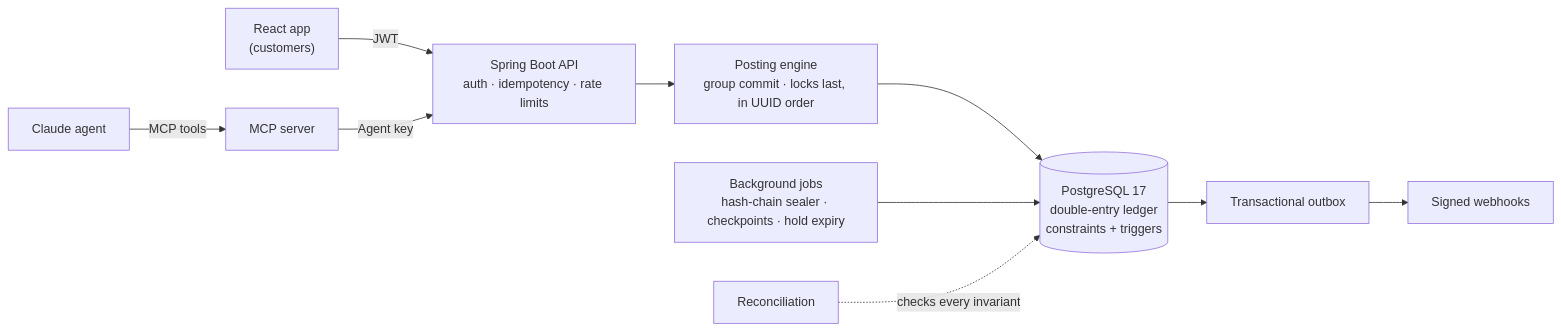
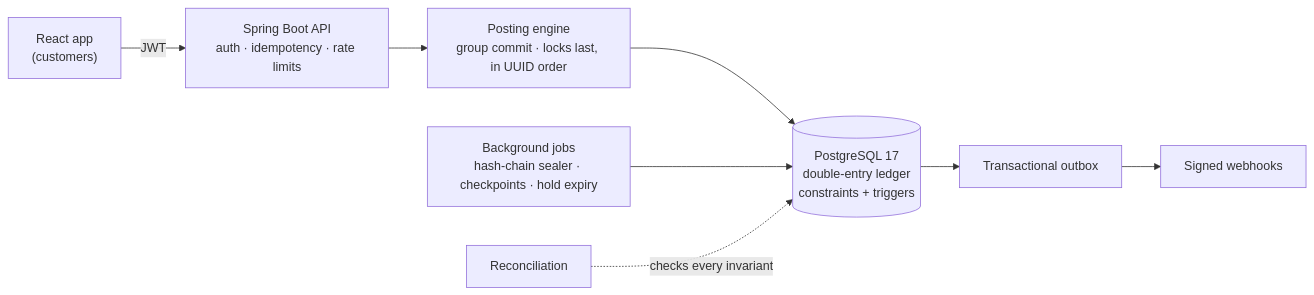
Before and after one commit to jessicalanggg/smartbank-ledger: the diagram in README.md, drawn with Mermaid. The commit also changed other lines of this file and 4 other files, not shown here.

````diff
--- a/README.md
+++ b/README.md
@@ -21,11 +16,9 @@
 ```mermaid
 flowchart LR
     UI["React app<br/>(customers)"] -- "JWT" --> API
-    Agent["Claude agent"] -- "MCP tools" --> MCP["MCP server"]
-    MCP -- "Agent key" --> API
     API["Spring Boot API<br/>auth · idempotency · rate limits"] --> Engine["Posting engine<br/>group commit · locks last, in UUID order"]
     Engine --> DB[("PostgreSQL 17<br/>double-entry ledger<br/>constraints + triggers")]
     DB --> Outbox["Transactional outbox"] --> Hooks["Signed webhooks"]
     Jobs["Background jobs<br/>hash-chain sealer · checkpoints · hold expiry"] --> DB
     Recon["Reconciliation"] -. "checks every invariant" .-> DB
 ```
````
